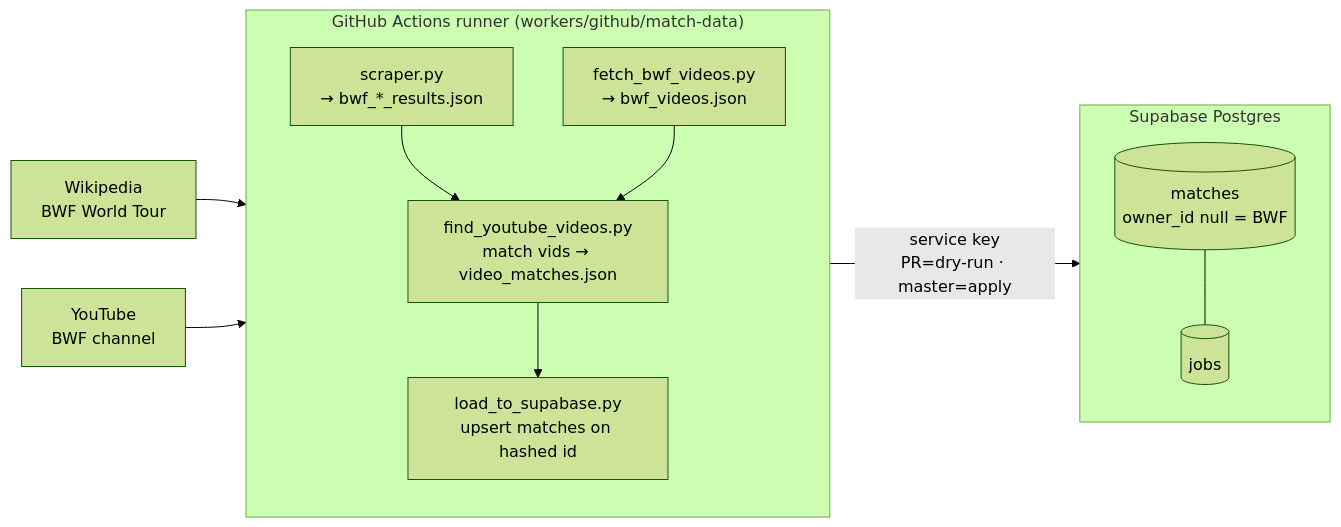
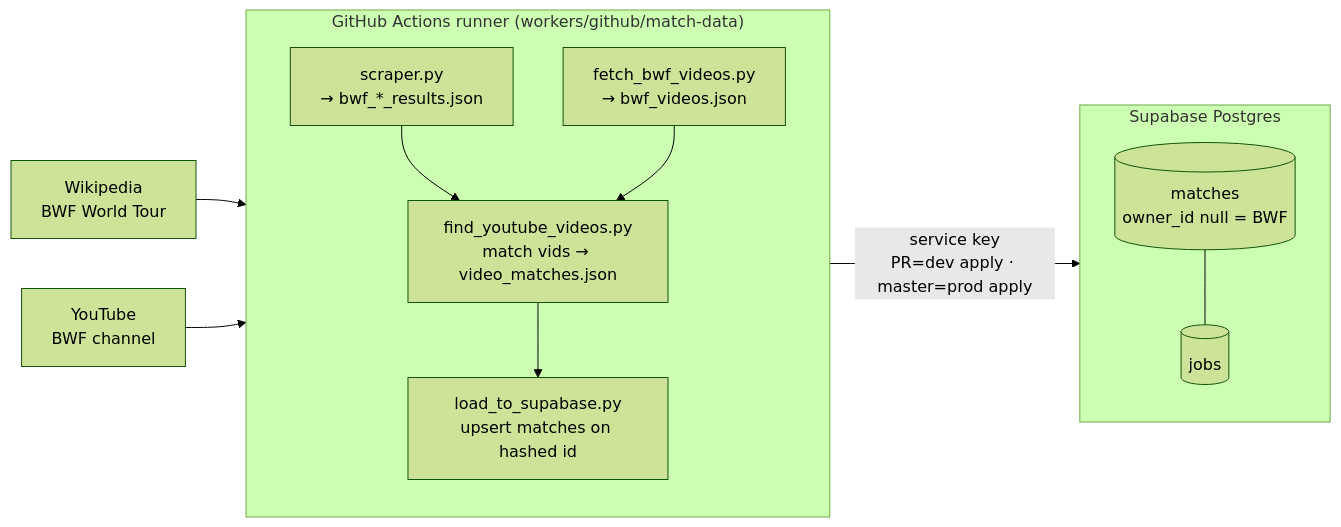
The first of 4 diagrams in workers/cloudflare/cdn/DATAFLOWS.md (MintonixIO/mintonix), drawn with Mermaid (forest theme) before and after one commit. The commit also changed other lines of this file and 2 other files, not shown here.

Commit message:
feat: removes dry run on scraper ci/cd

````diff
--- a/workers/cloudflare/cdn/DATAFLOWS.md
+++ b/workers/cloudflare/cdn/DATAFLOWS.md
@@ -37,27 +37,27 @@
 ```mermaid
 flowchart LR
   WP[Wikipedia<br/>BWF World Tour]
   YT[YouTube<br/>BWF channel]
 
   subgraph GHA["GitHub Actions runner (workers/github/match-data)"]
     direction TB
     S[scraper.py<br/>→ bwf_*_results.json]
     FV[fetch_bwf_videos.py<br/>→ bwf_videos.json]
     FY[find_youtube_videos.py<br/>match vids → video_matches.json]
     L[load_to_supabase.py<br/>upsert matches on hashed id]
     S --> FY
     FV --> FY
     FY --> L
   end
 
   WP --> S
   YT --> FV
 
   subgraph DB["Supabase Postgres"]
     T3[(matches<br/>owner_id null = BWF)]
     T5[(jobs)]
     T3 --- T5
   end
 
-  L -->|service key<br/>PR=dry-run · master=apply| DB
+  L -->|service key<br/>PR=dev apply · master=prod apply| DB
 ```
````
